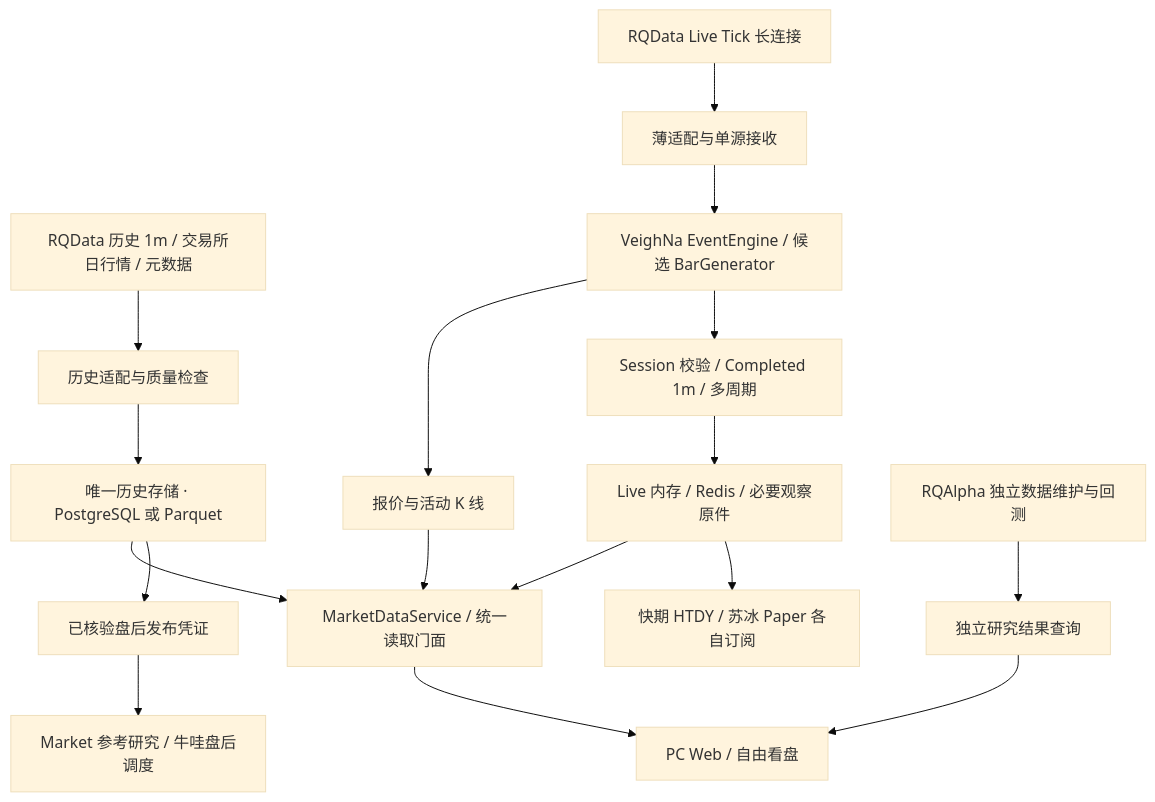
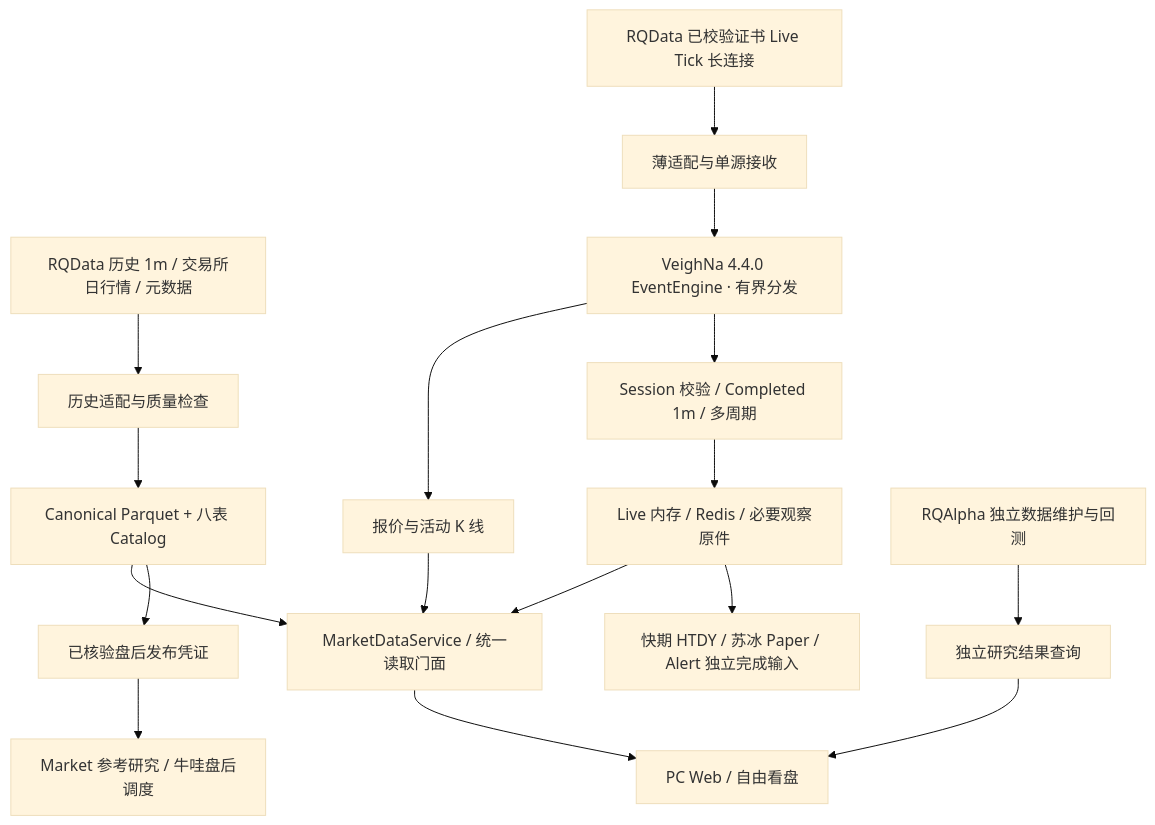
The diagram in openspec/changes/guiyi-v2-market-foundation/design.md (firehell/guiyi-quant-workstation), drawn with Mermaid (base theme) before and after one commit. The commit also changed other lines of this file and 79 other files, not shown here.

````diff
--- a/openspec/changes/guiyi-v2-market-foundation/design.md
+++ b/openspec/changes/guiyi-v2-market-foundation/design.md
@@ -5,19 +10,19 @@
 ```mermaid
 flowchart TB
     H[RQData 历史 1m / 交易所日行情 / 元数据] --> A[历史适配与质量检查]
-    T[RQData Live Tick 长连接] --> L[薄适配与单源接收]
-    L --> E[VeighNa EventEngine / 候选 BarGenerator]
+    T[RQData 已校验证书 Live Tick 长连接] --> L[薄适配与单源接收]
+    L --> E[VeighNa 4.4.0 EventEngine · 有界分发]
     E --> Q[报价与活动 K 线]
     E --> B[Session 校验 / Completed 1m / 多周期]
     B --> C[Live 内存 / Redis / 必要观察原件]
-    A --> S[唯一历史存储 · PostgreSQL 或 Parquet]
+    A --> S[Canonical Parquet + 八表 Catalog]
     S --> M[MarketDataService / 统一读取门面]
     C --> M
     Q --> M
     M --> W[PC Web / 自由看盘]
-    C --> X[快期 HTDY / 苏冰 Paper 各自订阅]
+    C --> X[快期 HTDY / 苏冰 Paper / Alert 独立完成输入]
     S --> P[已核验盘后发布凭证]
     P --> N[Market 参考研究 / 牛哇盘后调度]
     R[RQAlpha 独立数据维护与回测] --> V[独立研究结果查询]
     V --> W
 ```
````
